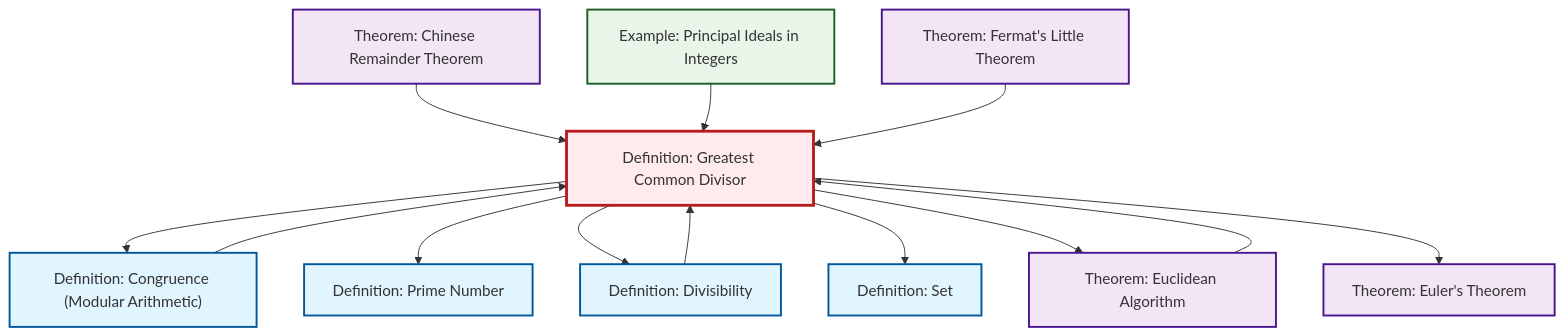
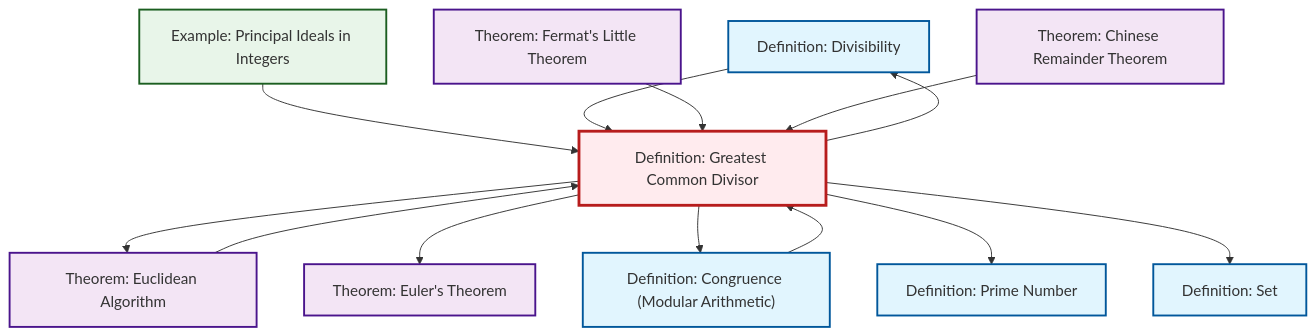
Before and after one commit to RK0429/ModernMath: the second of 2 diagrams in content/en/number-theory/def-gcd.qmd, drawn with Mermaid. The commit also changed other lines of this file and 581 other files, not shown here.

````diff
--- a/content/en/number-theory/def-gcd.qmd
+++ b/content/en/number-theory/def-gcd.qmd
@@ -92,41 +92,41 @@
 ```{mermaid}
 %%| fig-cap: "Local dependency graph"
 graph TD
     classDef definition fill:#e1f5fe,stroke:#01579b,stroke-width:2px
     classDef theorem fill:#f3e5f5,stroke:#4a148c,stroke-width:2px
     classDef axiom fill:#fff3e0,stroke:#e65100,stroke-width:2px
     classDef example fill:#e8f5e9,stroke:#1b5e20,stroke-width:2px
     classDef current fill:#ffebee,stroke:#b71c1c,stroke-width:3px
+    def-divisibility["Definition: Divisibility"]:::definition
+    thm-euclidean-algorithm["Theorem: Euclidean Algorithm"]:::theorem
+    thm-chinese-remainder["Theorem: Chinese Remainder Theorem"]:::theorem
     def-prime["Definition: Prime Number"]:::definition
+    def-congruence["Definition: Congruence (Modular Arithmetic)"]:::definition
+    thm-euler["Theorem: Euler's Theorem"]:::theorem
     ex-principal-ideal["Example: Principal Ideals in Integers"]:::example
-    thm-chinese-remainder["Theorem: Chinese Remainder Theorem"]:::theorem
-    def-divisibility["Definition: Divisibility"]:::definition
-    thm-euler["Theorem: Euler's Theorem"]:::theorem
+    def-gcd["Definition: Greatest Common Divisor"]:::definition
     def-set["Definition: Set"]:::definition
     thm-fermat-little["Theorem: Fermat's Little Theorem"]:::theorem
-    def-congruence["Definition: Congruence (Modular Arithmetic)"]:::definition
-    thm-euclidean-algorithm["Theorem: Euclidean Algorithm"]:::theorem
-    def-gcd["Definition: Greatest Common Divisor"]:::definition
-    thm-chinese-remainder --> def-gcd
+    def-gcd --> thm-euclidean-algorithm
+    def-gcd --> thm-euler
+    ex-principal-ideal --> def-gcd
     def-gcd --> def-congruence
-    ex-principal-ideal --> def-gcd
+    thm-euclidean-algorithm --> def-gcd
+    def-divisibility --> def-gcd
+    thm-fermat-little --> def-gcd
     def-gcd --> def-prime
     def-gcd --> def-divisibility
-    def-divisibility --> def-gcd
+    thm-chinese-remainder --> def-gcd
     def-gcd --> def-set
     def-congruence --> def-gcd
-    def-gcd --> thm-euclidean-algorithm
-    thm-euclidean-algorithm --> def-gcd
-    def-gcd --> thm-euler
-    thm-fermat-little --> def-gcd
     class def-gcd current
+    click def-divisibility "def-divisibility.html" "Go to Divisibility definition"
+    click thm-euclidean-algorithm "thm-euclidean-algorithm.html" "Go to Euclidean Algorithm theorem"
+    click thm-chinese-remainder "thm-chinese-remainder.html" "Go to Chinese Remainder Theorem theorem"
     click def-prime "def-prime.html" "Go to Prime Number definition"
+    click def-congruence "def-congruence.html" "Go to Congruence (Modular Arithmetic) definition"
+    click thm-euler "thm-euler.html" "Go to Euler's Theorem theorem"
     click ex-principal-ideal "ex-principal-ideal.html" "Go to Principal Ideals in Integers example"
-    click thm-chinese-remainder "thm-chinese-remainder.html" "Go to Chinese Remainder Theorem theorem"
-    click def-divisibility "def-divisibility.html" "Go to Divisibility definition"
-    click thm-euler "thm-euler.html" "Go to Euler's Theorem theorem"
     click def-set "def-set.html" "Go to Set definition"
     click thm-fermat-little "thm-fermat-little.html" "Go to Fermat's Little Theorem theorem"
-    click def-congruence "def-congruence.html" "Go to Congruence (Modular Arithmetic) definition"
-    click thm-euclidean-algorithm "thm-euclidean-algorithm.html" "Go to Euclidean Algorithm theorem"
 ```
````
